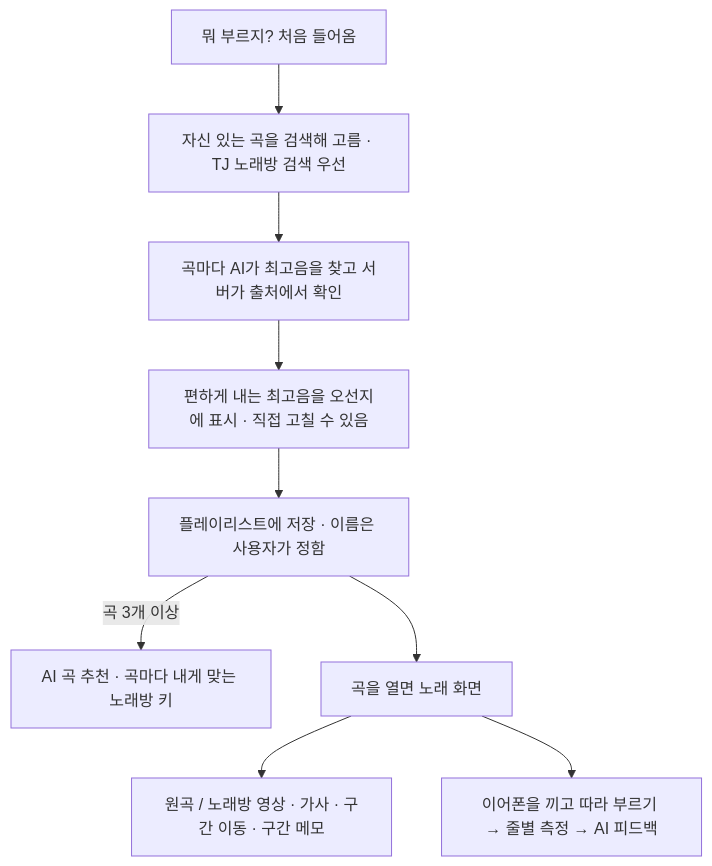
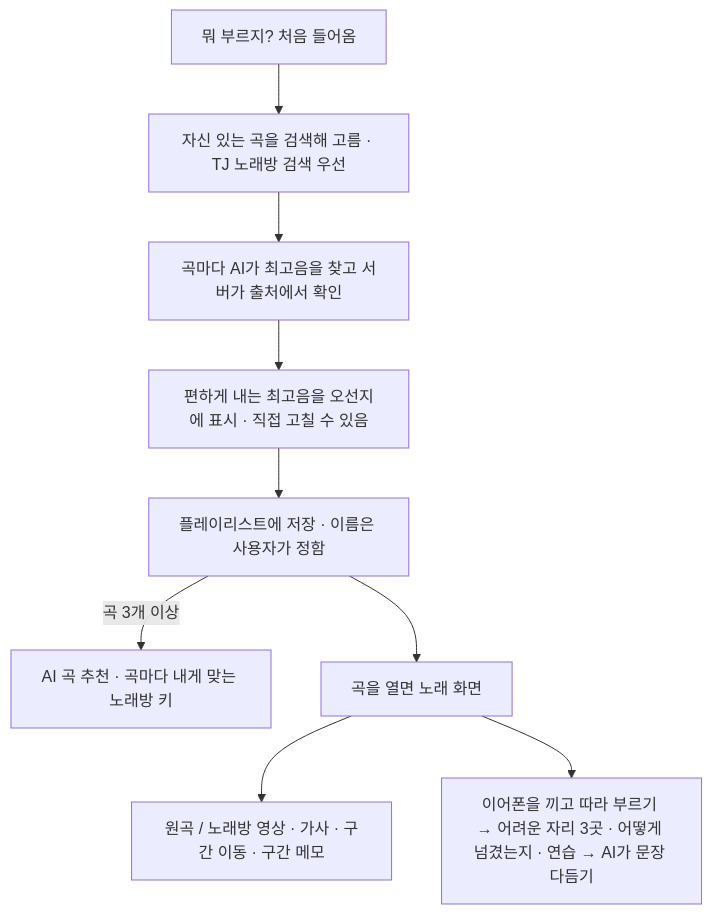
The second of 2 diagrams in docs/ui-flows.md (Yoonsung-kor/SING), drawn with Mermaid before and after one commit. The commit also changed other lines of this file and 14 other files, not shown here.

````diff
--- a/docs/ui-flows.md
+++ b/docs/ui-flows.md
@@ -48,11 +48,11 @@
 ```mermaid
 flowchart TD
     First[뭐 부르지? 처음 들어옴] --> Pick[자신 있는 곡을 검색해 고름 · TJ 노래방 검색 우선]
     Pick --> Top[곡마다 AI가 최고음을 찾고 서버가 출처에서 확인]
     Top --> Range[편하게 내는 최고음을 오선지에 표시 · 직접 고칠 수 있음]
     Range --> List[플레이리스트에 저장 · 이름은 사용자가 정함]
     List -->|곡 3개 이상| Rec[AI 곡 추천 · 곡마다 내게 맞는 노래방 키]
     List --> Song[곡을 열면 노래 화면]
     Song --> Watch[원곡 / 노래방 영상 · 가사 · 구간 이동 · 구간 메모]
-    Song --> Sing[이어폰을 끼고 따라 부르기 → 줄별 측정 → AI 피드백]
+    Song --> Sing[이어폰을 끼고 따라 부르기 → 어려운 자리 3곳 · 어떻게 넘겼는지 · 연습 → AI가 문장 다듬기]
 ```
````
